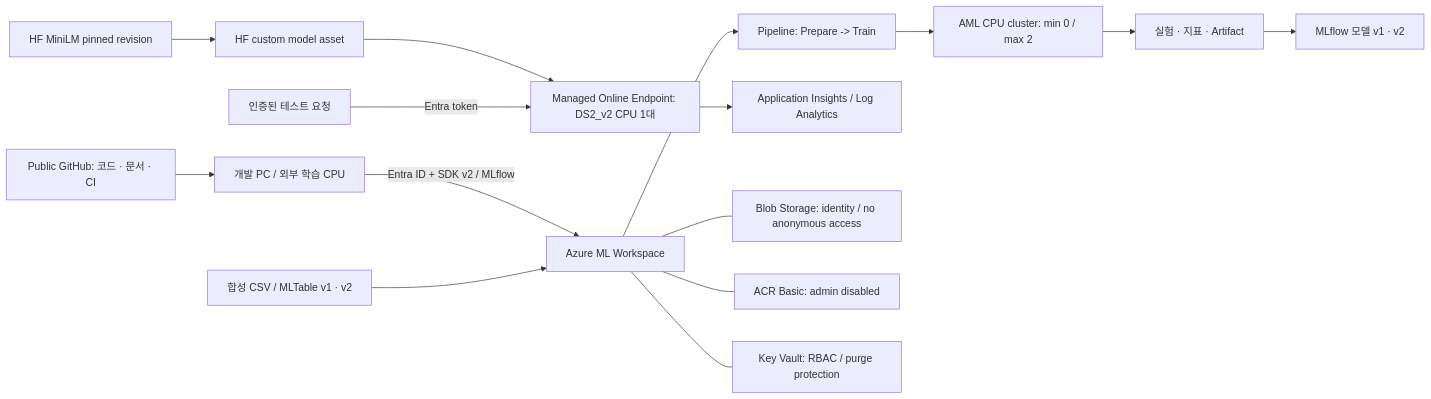
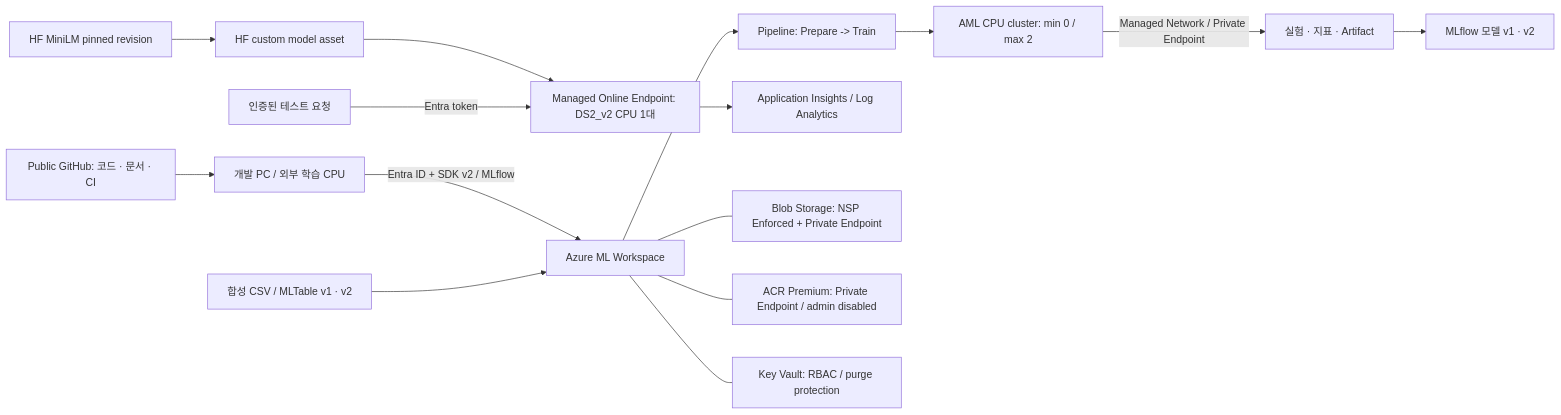
Before and after one commit to daeungo1/azure-llm-mlops: the diagram in README.md, drawn with Mermaid. The commit also changed other lines of this file and 11 other files, not shown here.

````diff
--- a/README.md
+++ b/README.md
@@ -38,17 +37,17 @@
 ```mermaid
 flowchart LR
     Dev["개발 PC / 외부 학습 CPU"] -->|"Entra ID + SDK v2 / MLflow"| AML["Azure ML Workspace"]
     Git["Public GitHub: 코드 · 문서 · CI"] --> Dev
     Data["합성 CSV / MLTable v1 · v2"] --> AML
     AML --> Pipe["Pipeline: Prepare -> Train"]
     Pipe --> CPU["AML CPU cluster: min 0 / max 2"]
-    CPU --> Runs["실험 · 지표 · Artifact"]
+    CPU -->|"Managed Network / Private Endpoint"| Runs["실험 · 지표 · Artifact"]
     Runs --> Models["MLflow 모델 v1 · v2"]
     HF["HF MiniLM pinned revision"] --> Registry["HF custom model asset"]
     Registry --> Online["Managed Online Endpoint: DS2_v2 CPU 1대"]
     Client["인증된 테스트 요청"] -->|"Entra token"| Online
     Online --> Observe["Application Insights / Log Analytics"]
-    AML --- Blob["Blob Storage: identity / no anonymous access"]
-    AML --- ACR["ACR Basic: admin disabled"]
+    AML --- Blob["Blob Storage: NSP Enforced + Private Endpoint"]
+    AML --- ACR["ACR Premium: Private Endpoint / admin disabled"]
     AML --- KV["Key Vault: RBAC / purge protection"]
 ```
````
